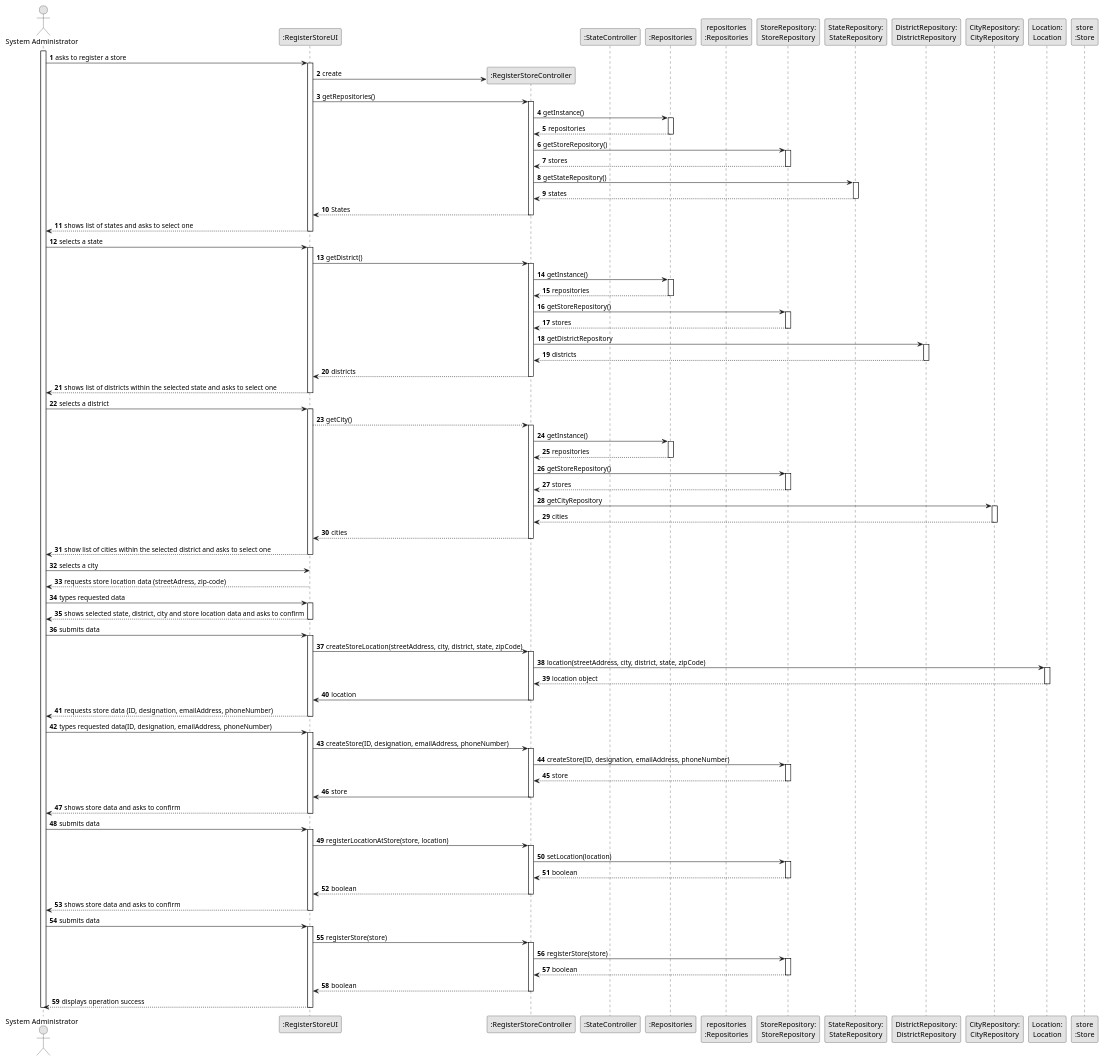
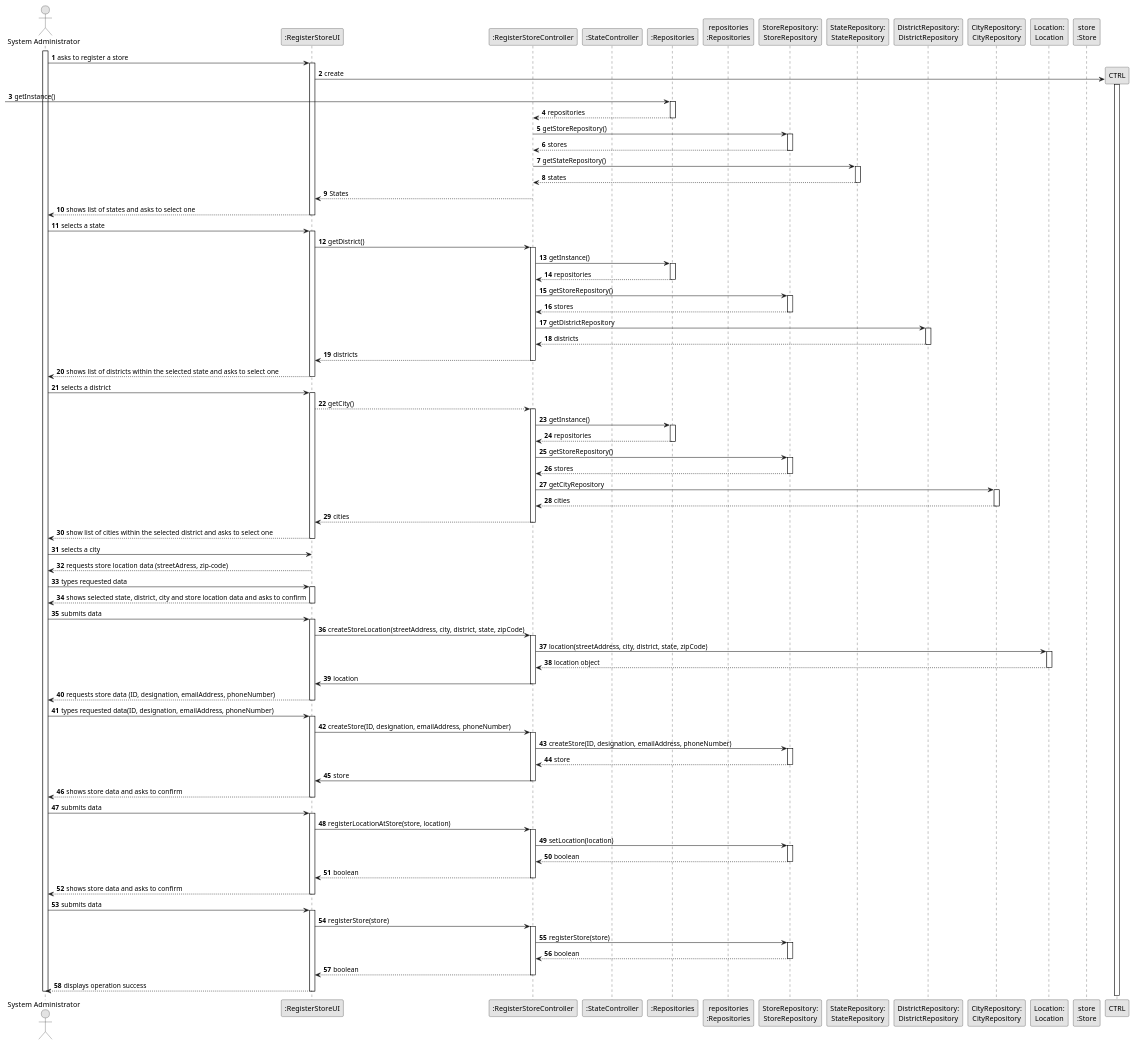
The diagram in docs/sprintD/us005/03.design/puml/us005-sequence-diagram-full.puml (1220812/LAPR2), drawn with PlantUML before and after one commit. The commit also changed 1 other file, not shown here.

Commit message:
US005- Corrected the sequence diagram full. US012- Completed the Read Me.

```diff
--- a/docs/sprintD/us005/03.design/puml/us005-sequence-diagram-full.puml
+++ b/docs/sprintD/us005/03.design/puml/us005-sequence-diagram-full.puml
@@ -32,12 +32,12 @@
 
 '            UI --> ADM : requests data (reference, description,  informal \n description, technical description, duration, cost)
             'create CTRL
-            UI -> STRCTRL** : create
+            UI -> CTRL** : create
 
-            UI -> STRCTRL : getRepositories()
-            activate STRCTRL
 
-                    STRCTRL -> RepositorySingleton : getInstance()
+            activate CTRL
+
+                     -> RepositorySingleton : getInstance()
                     activate RepositorySingleton
 
                     RepositorySingleton --> STRCTRL: repositories
```
